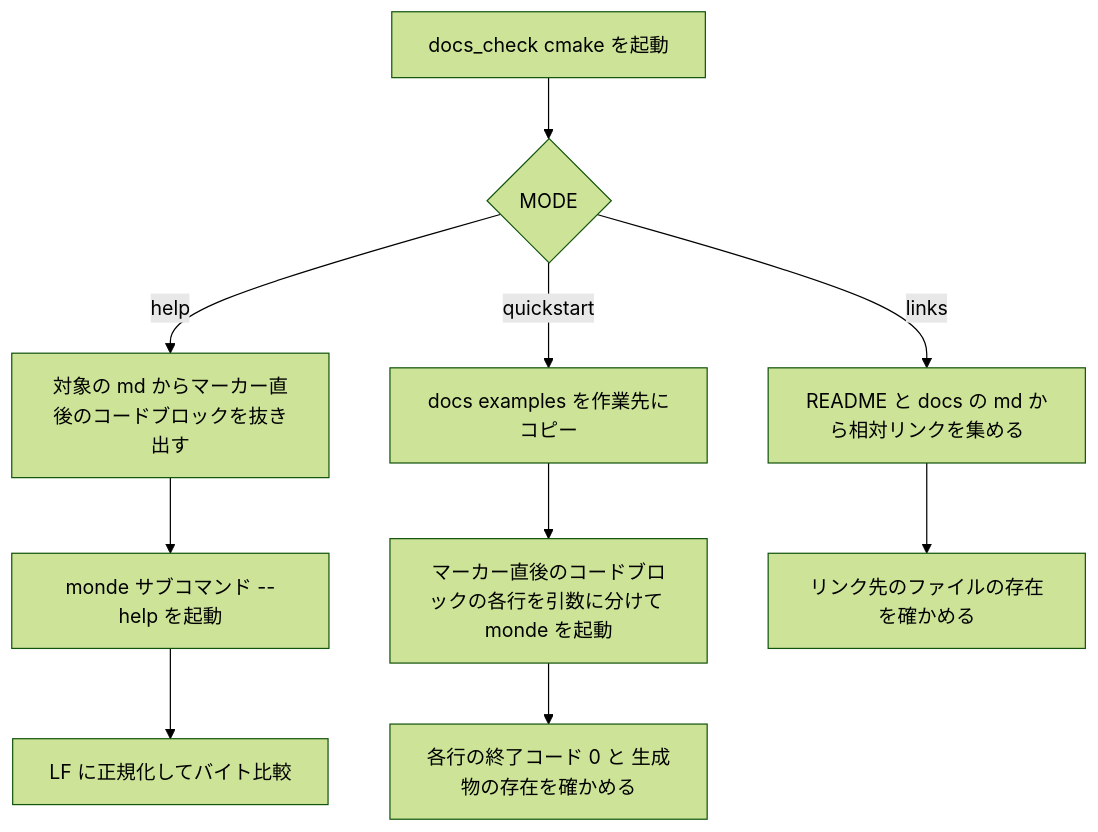
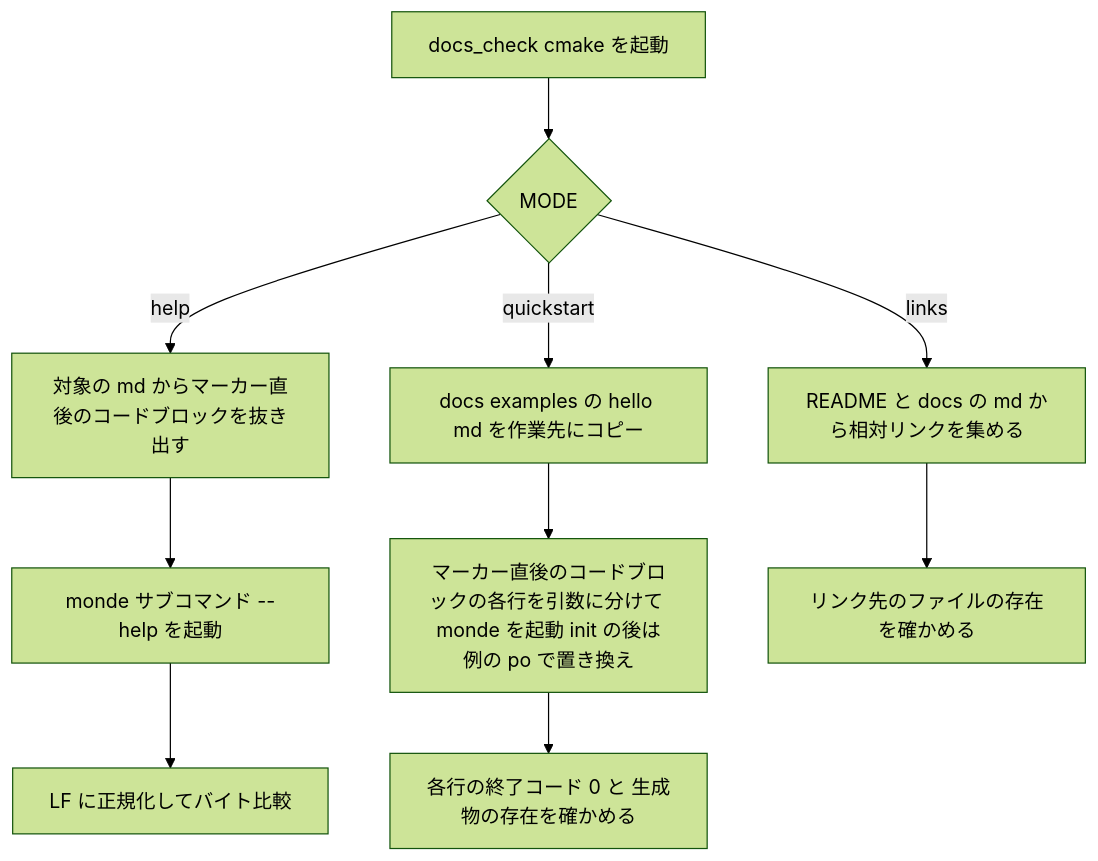
One commit to ktdevx/monde-private changed the third of 3 diagrams in .kiro/specs/docs-and-release/design.md. Above: the diagram before and after it, drawn with Mermaid (forest theme). The commit also changed other lines of this file, not shown here.

````diff
--- a/.kiro/specs/docs-and-release/design.md
+++ b/.kiro/specs/docs-and-release/design.md
@@ -173,12 +173,12 @@
 ```mermaid
 flowchart TB
     Start[docs_check cmake を起動] --> Mode{MODE}
     Mode -->|help| H1[対象の md からマーカー直後のコードブロックを抜き出す]
     H1 --> H2[monde サブコマンド --help を起動]
     H2 --> H3[LF に正規化してバイト比較]
-    Mode -->|quickstart| Q1[docs examples を作業先にコピー]
-    Q1 --> Q2[マーカー直後のコードブロックの各行を引数に分けて monde を起動]
+    Mode -->|quickstart| Q1[docs examples の hello md を作業先にコピー]
+    Q1 --> Q2[マーカー直後のコードブロックの各行を引数に分けて monde を起動 init の後は例の po で置き換え]
     Q2 --> Q3[各行の終了コード 0 と 生成物の存在を確かめる]
     Mode -->|links| L1[README と docs の md から相対リンクを集める]
     L1 --> L2[リンク先のファイルの存在を確かめる]
 ```
````
